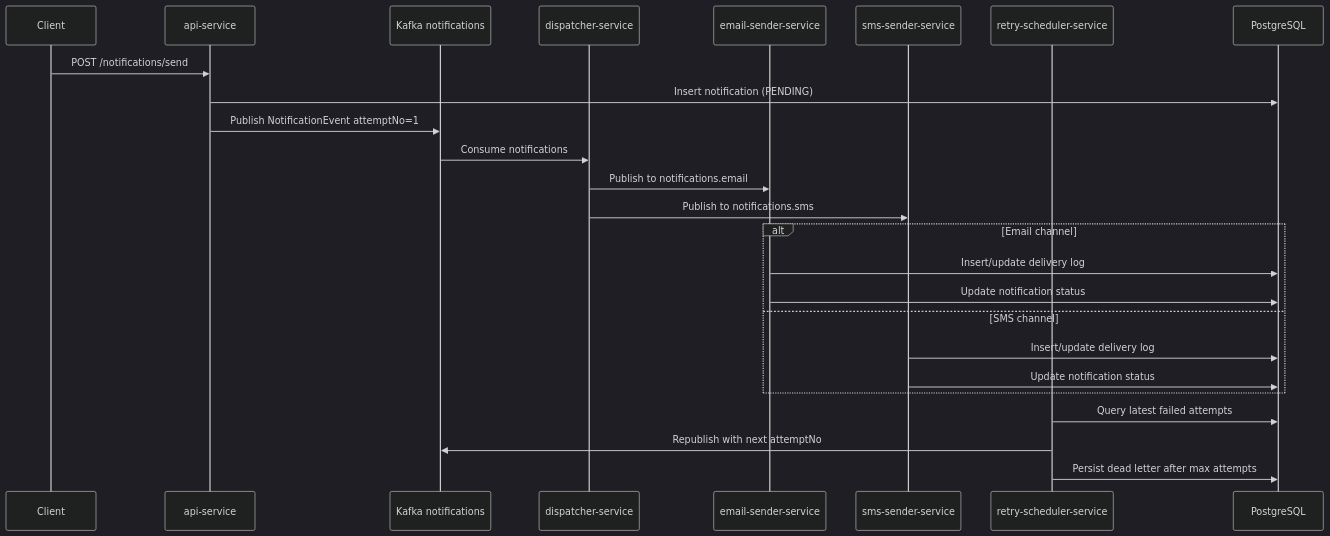
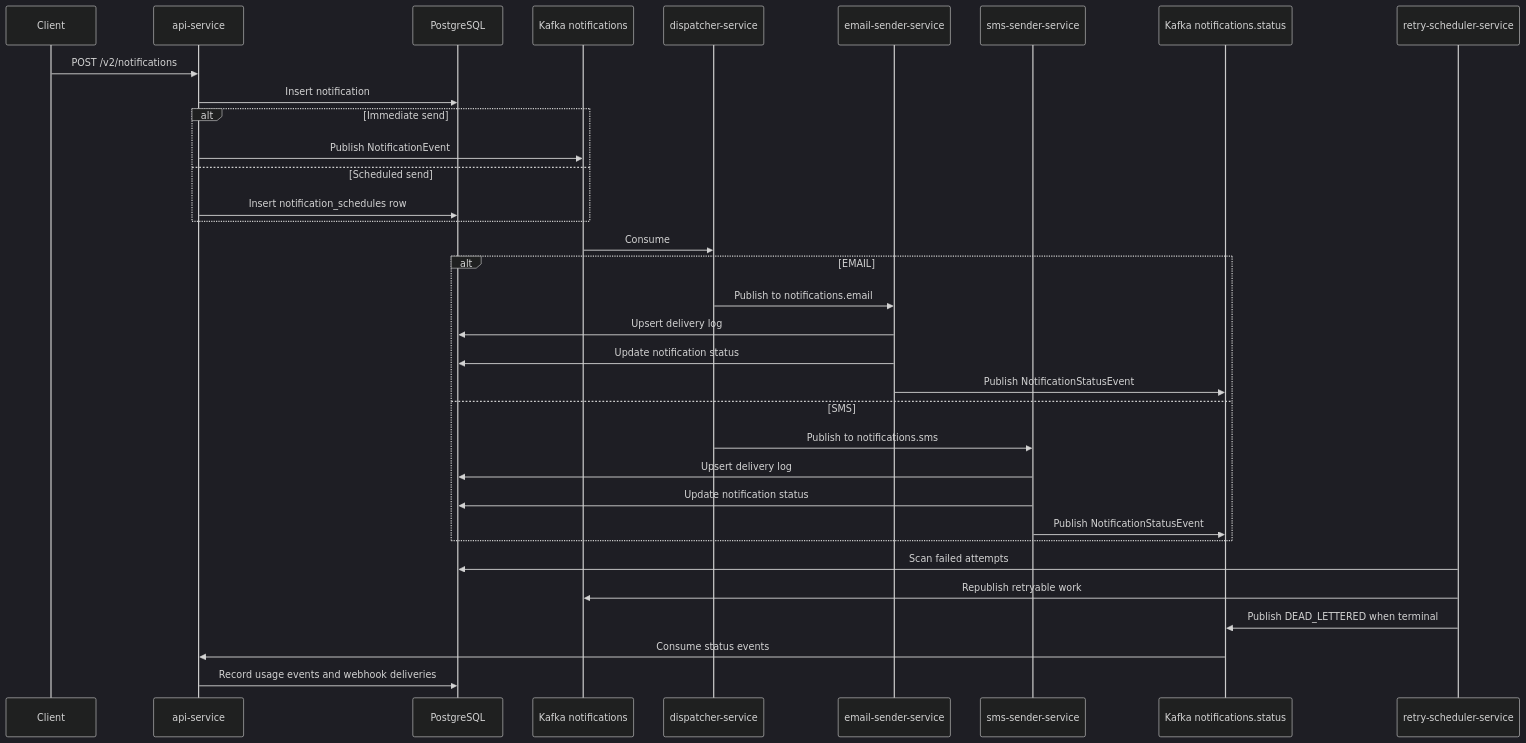
Before and after one commit to abhishekwork07/NotiX--Notification-Delivery-Service: the third of 3 diagrams in docs/HLD.md, drawn with Mermaid (dark theme). The commit also changed other lines of this file and 9 other files, not shown here.

First line of the commit message:
docs: document v2 SaaS architecture

````diff
--- a/docs/HLD.md
+++ b/docs/HLD.md
@@ -137,30 +116,39 @@
 ```mermaid
 sequenceDiagram
     participant Client
     participant API as api-service
-    participant Kafka as Kafka notifications
+    participant DB as PostgreSQL
+    participant Main as Kafka notifications
     participant Dispatcher as dispatcher-service
     participant Email as email-sender-service
     participant SMS as sms-sender-service
+    participant Status as Kafka notifications.status
     participant Retry as retry-scheduler-service
-    participant DB as PostgreSQL
 
-    Client->>API: POST /notifications/send
-    API->>DB: Insert notification (PENDING)
-    API->>Kafka: Publish NotificationEvent attemptNo=1
-    Kafka->>Dispatcher: Consume notifications
-    Dispatcher->>Email: Publish to notifications.email
-    Dispatcher->>SMS: Publish to notifications.sms
-
-    alt Email channel
-        Email->>DB: Insert/update delivery log
-        Email->>DB: Update notification status
-    else SMS channel
-        SMS->>DB: Insert/update delivery log
-        SMS->>DB: Update notification status
+    Client->>API: POST /v2/notifications
+    API->>DB: Insert notification
+    alt Immediate send
+        API->>Main: Publish NotificationEvent
+    else Scheduled send
+        API->>DB: Insert notification_schedules row
     end
 
-    Retry->>DB: Query latest failed attempts
-    Retry->>Kafka: Republish with next attemptNo
-    Retry->>DB: Persist dead letter after max attempts
+    Main->>Dispatcher: Consume
+    alt EMAIL
+        Dispatcher->>Email: Publish to notifications.email
+        Email->>DB: Upsert delivery log
+        Email->>DB: Update notification status
+        Email->>Status: Publish NotificationStatusEvent
+    else SMS
+        Dispatcher->>SMS: Publish to notifications.sms
+        SMS->>DB: Upsert delivery log
+        SMS->>DB: Update notification status
+        SMS->>Status: Publish NotificationStatusEvent
+    end
+
+    Retry->>DB: Scan failed attempts
+    Retry->>Main: Republish retryable work
+    Retry->>Status: Publish DEAD_LETTERED when terminal
+    Status->>API: Consume status events
+    API->>DB: Record usage events and webhook deliveries
 ```
````
